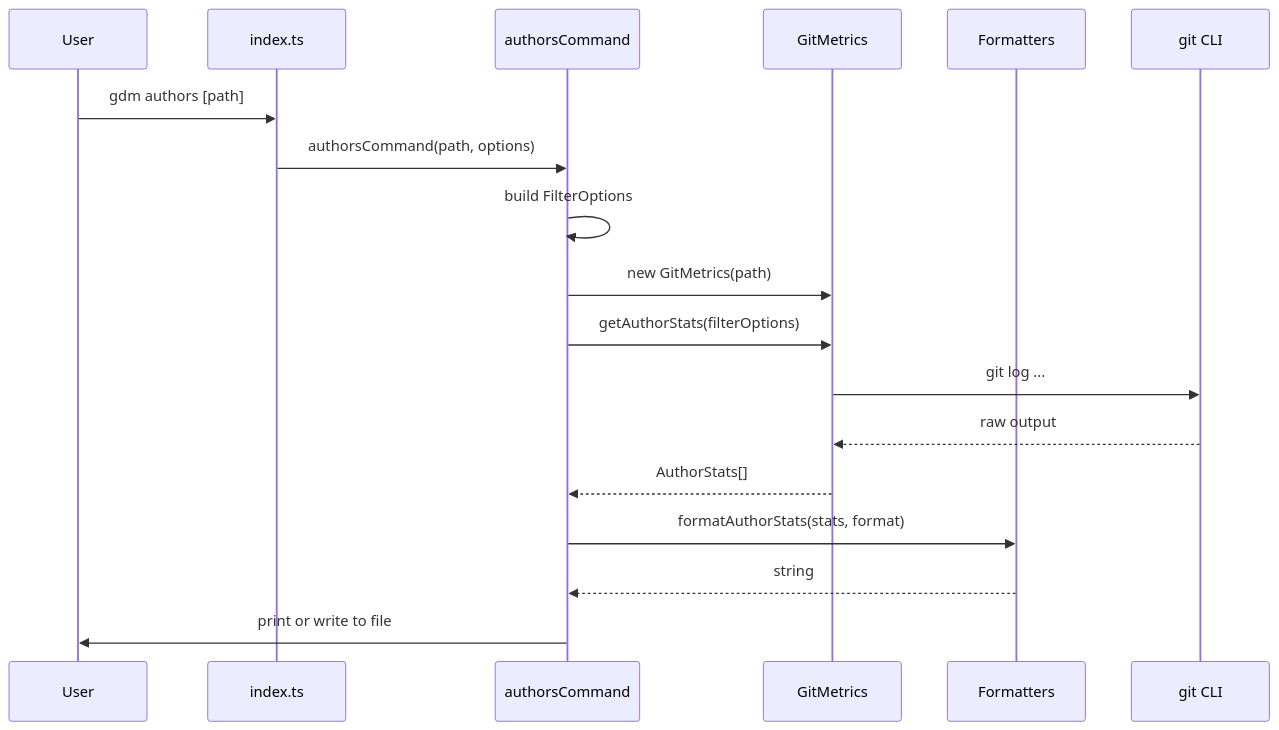
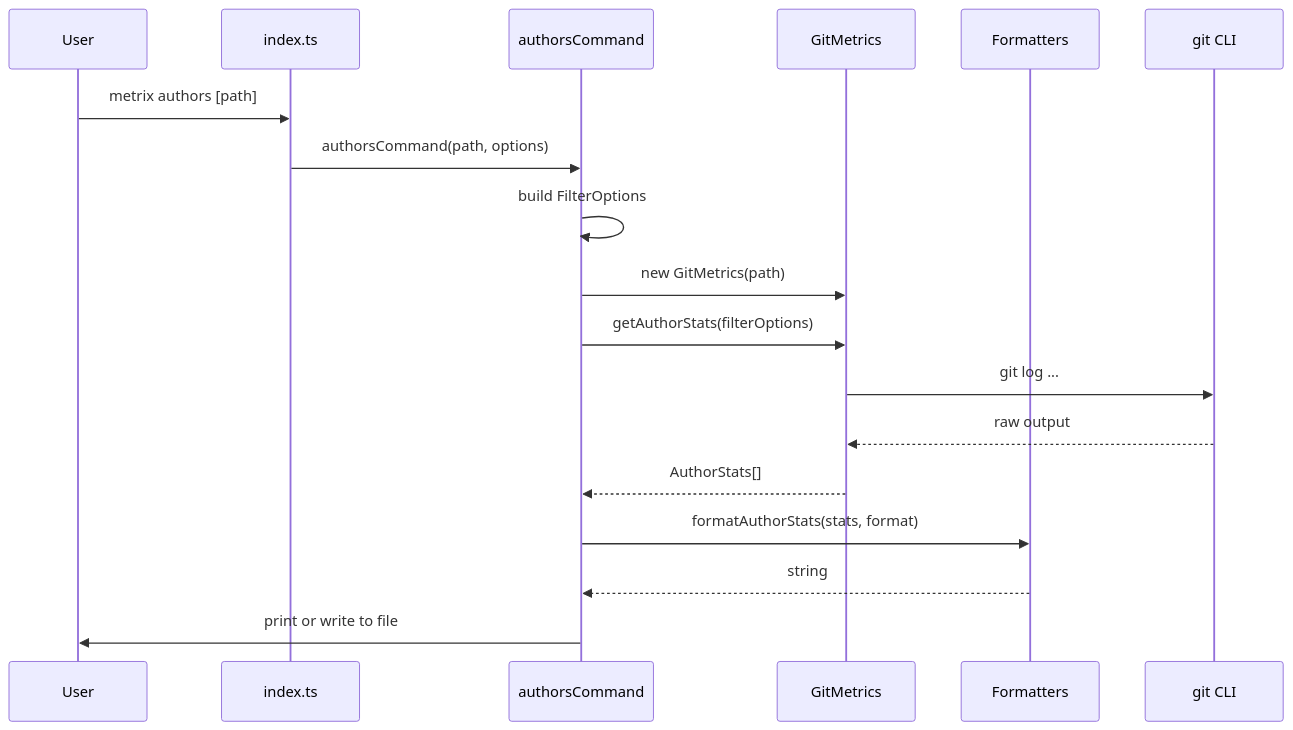
One commit to xseeduy/xseed-dev-metrics changed the second of 5 diagrams in docs/architecture.md. Above: the diagram before and after it, drawn with Mermaid. The commit also changed other lines of this file and 20 other files, not shown here.

Commit message:
Change gdm to metrix

````diff
--- a/docs/architecture.md
+++ b/docs/architecture.md
@@ -84,21 +84,21 @@
 ```mermaid
 sequenceDiagram
   participant User
   participant Index as index.ts
   participant Command as authorsCommand
   participant GitMetrics
   participant Formatters
   participant Git as git CLI
 
-  User->>Index: gdm authors [path]
+  User->>Index: metrix authors [path]
   Index->>Command: authorsCommand(path, options)
   Command->>Command: build FilterOptions
   Command->>GitMetrics: new GitMetrics(path)
   Command->>GitMetrics: getAuthorStats(filterOptions)
   GitMetrics->>Git: git log ...
   Git-->>GitMetrics: raw output
   GitMetrics-->>Command: AuthorStats[]
   Command->>Formatters: formatAuthorStats(stats, format)
   Formatters-->>Command: string
   Command->>User: print or write to file
 ```
````
